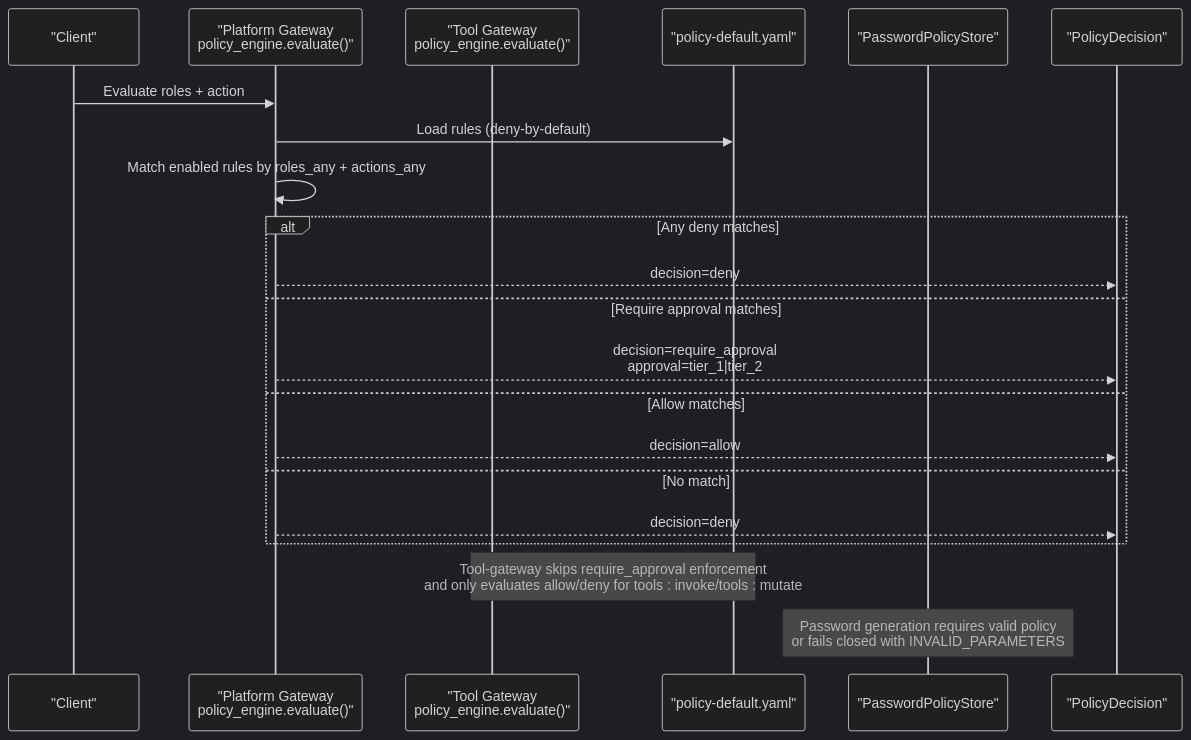
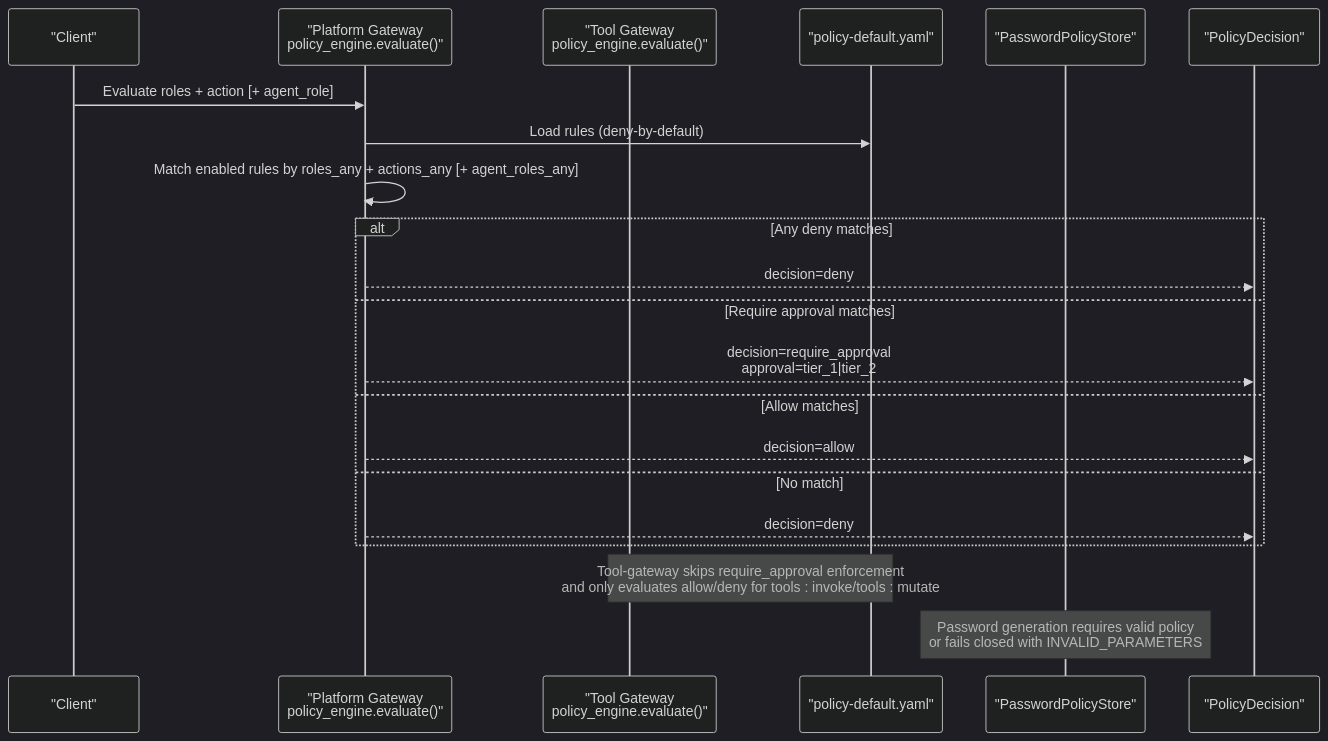
One commit to metasync/luban-aiops changed the second of 5 diagrams in .qoder/repowiki/en/content/Security and Authorization/Authorization Policies/Policy Rules and Schema.md. Above: the diagram before and after it, drawn with Mermaid (dark theme). The commit also changed other lines of this file and 128 other files, not shown here.

````diff
--- a/.qoder/repowiki/en/content/Security and Authorization/Authorization Policies/Policy Rules and Schema.md
+++ b/.qoder/repowiki/en/content/Security and Authorization/Authorization Policies/Policy Rules and Schema.md
@@ -142,23 +146,23 @@
 ```mermaid
 sequenceDiagram
 participant Client as "Client"
 participant PG as "Platform Gateway<br/>policy_engine.evaluate()"
 participant TG as "Tool Gateway<br/>policy_engine.evaluate()"
 participant Bundle as "policy-default.yaml"
 participant PolicyStore as "PasswordPolicyStore"
 participant Decision as "PolicyDecision"
-Client->>PG : Evaluate roles + action
+Client->>PG : Evaluate roles + action [+ agent_role]
 PG->>Bundle : Load rules (deny-by-default)
-PG->>PG : Match enabled rules by roles_any + actions_any
+PG->>PG : Match enabled rules by roles_any + actions_any [+ agent_roles_any]
 alt Any deny matches
 PG-->>Decision : decision=deny
 else Require approval matches
 PG-->>Decision : decision=require_approval<br/>approval=tier_1|tier_2
 else Allow matches
 PG-->>Decision : decision=allow
 else No match
 PG-->>Decision : decision=deny
 end
 Note over TG,Bundle : Tool-gateway skips require_approval enforcement<br/>and only evaluates allow/deny for tools : invoke/tools : mutate
 Note over PolicyStore : Password generation requires valid policy<br/>or fails closed with INVALID_PARAMETERS
 ```
````
